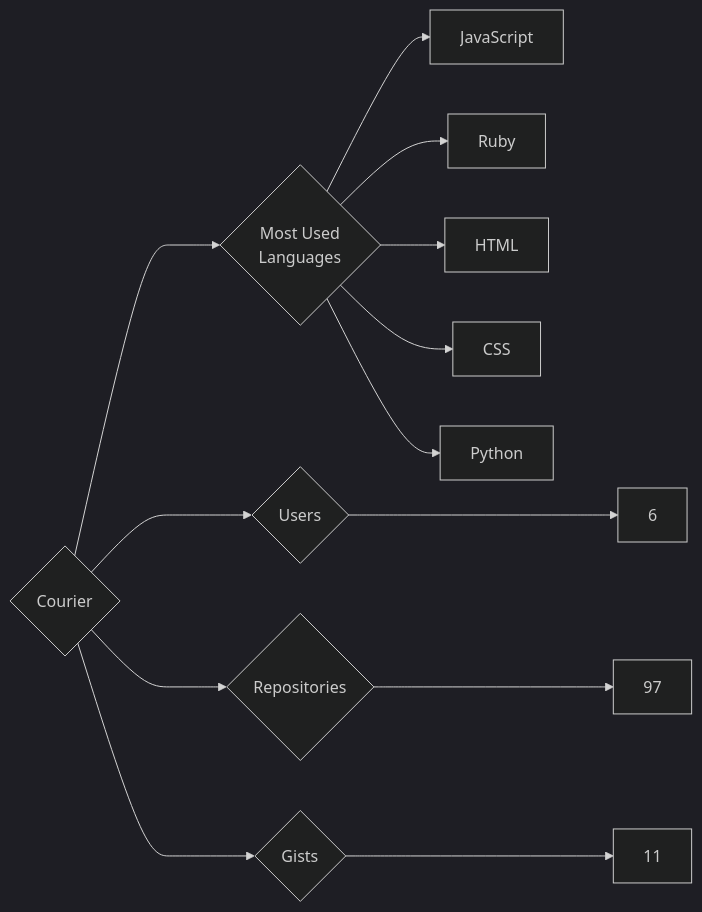
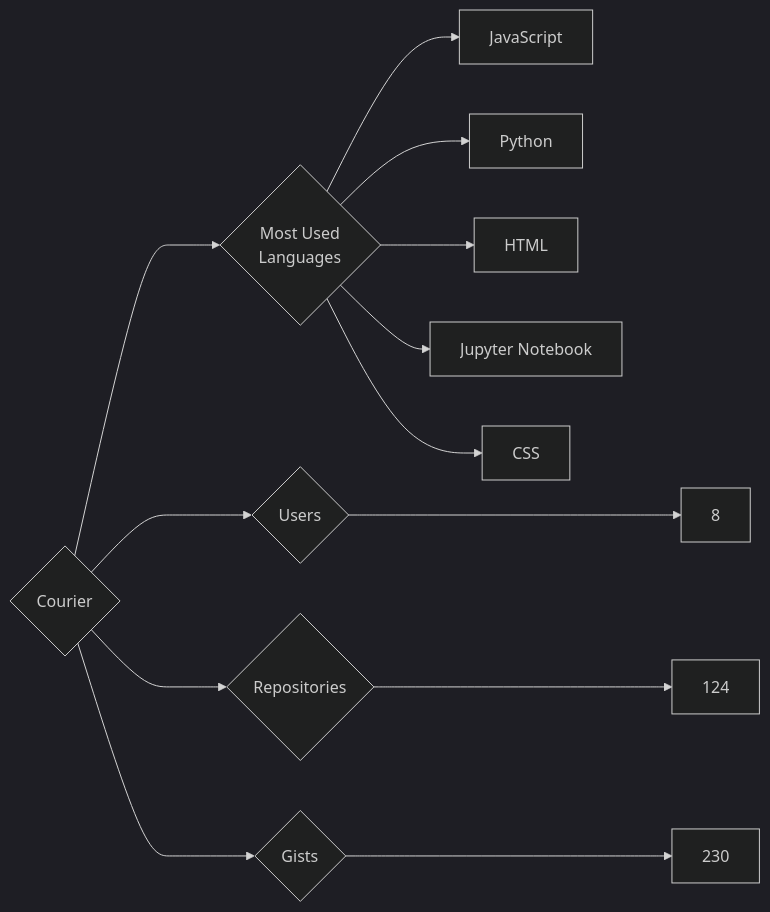
The diagram in targets/Courier/README.md (trickest/insiders), drawn with Mermaid (dark theme) before and after one commit. The commit also changed 736 other files, not shown here.

````diff
--- a/targets/Courier/README.md
+++ b/targets/Courier/README.md
@@ -3,13 +3,13 @@
 ```mermaid
 graph LR
 COMPANY_NAME{Courier}
-COMPANY_NAME ---> U{Users} ---> UN[6]
-COMPANY_NAME ---> R{Repositories} ---> RN[97]
-COMPANY_NAME ---> G{Gists} ---> GN[11]
+COMPANY_NAME ---> U{Users} ---> UN[8]
+COMPANY_NAME ---> R{Repositories} ---> RN[124]
+COMPANY_NAME ---> G{Gists} ---> GN[230]
 COMPANY_NAME ---> ML{Most Used<br>Languages}
 ML --> JavaScript[JavaScript]
-ML --> Ruby[Ruby]
+ML --> Python[Python]
 ML --> HTML[HTML]
+ML --> Jupyter_Notebook[Jupyter Notebook]
 ML --> CSS[CSS]
-ML --> Python[Python]
 ```
````
